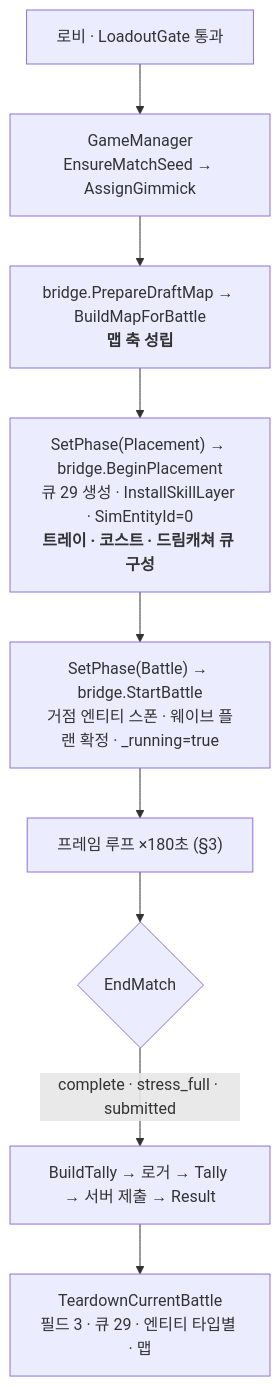
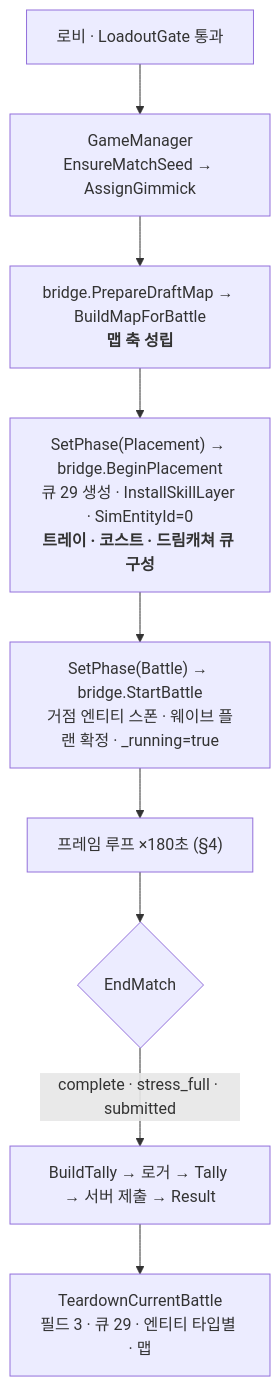
One commit to wasssupman/dreamsquad-demo changed the second of 2 diagrams in docs/reference/battle-core-architecture.md. Above: the diagram before and after it, drawn with Mermaid. The commit also changed other lines of this file, not shown here.

First line of the commit message:
docs(battle-core-architecture): §1 아키텍처 중립 설계 아웃라인 추가 · 투사체 시스템 파악 반영

````diff
--- a/docs/reference/battle-core-architecture.md
+++ b/docs/reference/battle-core-architecture.md
@@ -82,11 +250,11 @@
 ```mermaid
 flowchart TD
     L["로비 · LoadoutGate 통과"] --> S["GameManager<br/>EnsureMatchSeed → AssignGimmick"]
     S --> M["bridge.PrepareDraftMap → BuildMapForBattle<br/><b>맵 축 성립</b>"]
     M --> P["SetPhase(Placement) → bridge.BeginPlacement<br/>큐 29 생성 · InstallSkillLayer · SimEntityId=0<br/><b>트레이 · 코스트 · 드림캐쳐 큐 구성</b>"]
     P --> B["SetPhase(Battle) → bridge.StartBattle<br/>거점 엔티티 스폰 · 웨이브 플랜 확정 · _running=true"]
-    B --> F["프레임 루프 ×180초 (§3)"]
+    B --> F["프레임 루프 ×180초 (§4)"]
     F --> E{"EndMatch"}
     E -->|"complete · stress_full · submitted"| T["BuildTally → 로거 → Tally → 서버 제출 → Result"]
     T --> D["TeardownCurrentBattle<br/>필드 3 · 큐 29 · 엔티티 타입별 · 맵"]
 ```
````
